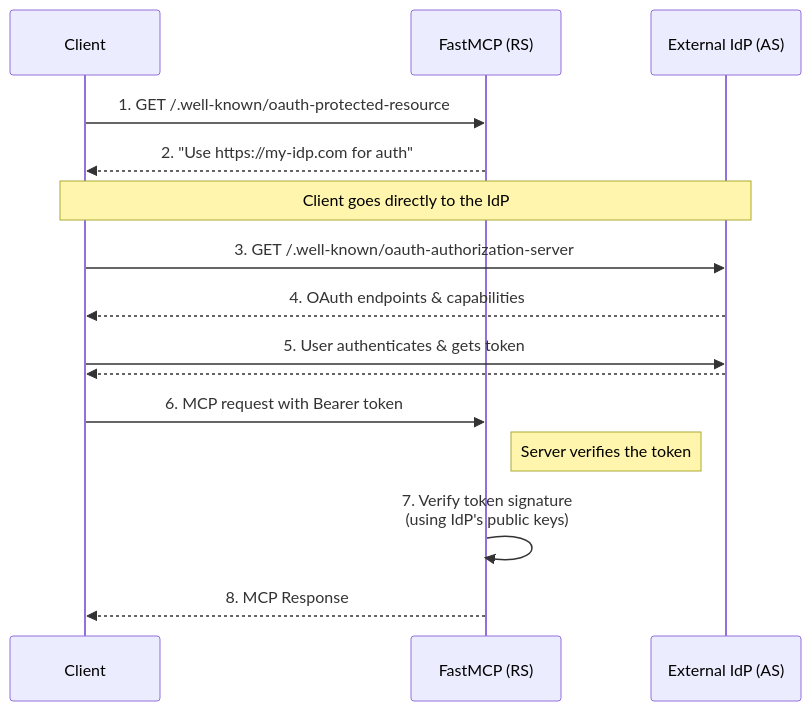
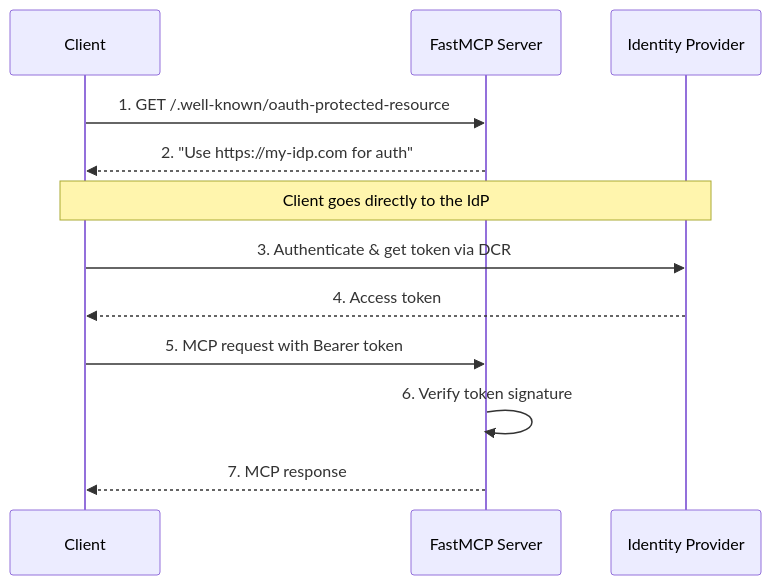
The diagram in docs/servers/auth/remote-oauth.mdx (jlowin/fastmcp), drawn with Mermaid before and after one commit. The commit also changed other lines of this file and 5 other files, not shown here.

````diff
--- a/docs/servers/auth/remote-oauth.mdx
+++ b/docs/servers/auth/remote-oauth.mdx
@@ -23,21 +41,17 @@
 ```mermaid
 sequenceDiagram
     participant Client
-    participant FastMCPServer as FastMCP (RS)
-    participant ExternalIdP as External IdP (AS)
+    participant FastMCPServer as FastMCP Server
+    participant ExternalIdP as Identity Provider
 
     Client->>FastMCPServer: 1. GET /.well-known/oauth-protected-resource
     FastMCPServer-->>Client: 2. "Use https://my-idp.com for auth"
     
     note over Client, ExternalIdP: Client goes directly to the IdP
-    Client->>ExternalIdP: 3. GET /.well-known/oauth-authorization-server
-    ExternalIdP-->>Client: 4. OAuth endpoints & capabilities
+    Client->>ExternalIdP: 3. Authenticate & get token via DCR
+    ExternalIdP-->>Client: 4. Access token
     
-    Client->>ExternalIdP: 5. User authenticates & gets token
-    ExternalIdP-->>Client: 
-    
-    Client->>FastMCPServer: 6. MCP request with Bearer token
-    note right of FastMCPServer: Server verifies the token
-    FastMCPServer->>FastMCPServer: 7. Verify token signature <br/> (using IdP's public keys)
-    FastMCPServer-->>Client: 8. MCP Response
+    Client->>FastMCPServer: 5. MCP request with Bearer token
+    FastMCPServer->>FastMCPServer: 6. Verify token signature
+    FastMCPServer-->>Client: 7. MCP response
 ```
````
